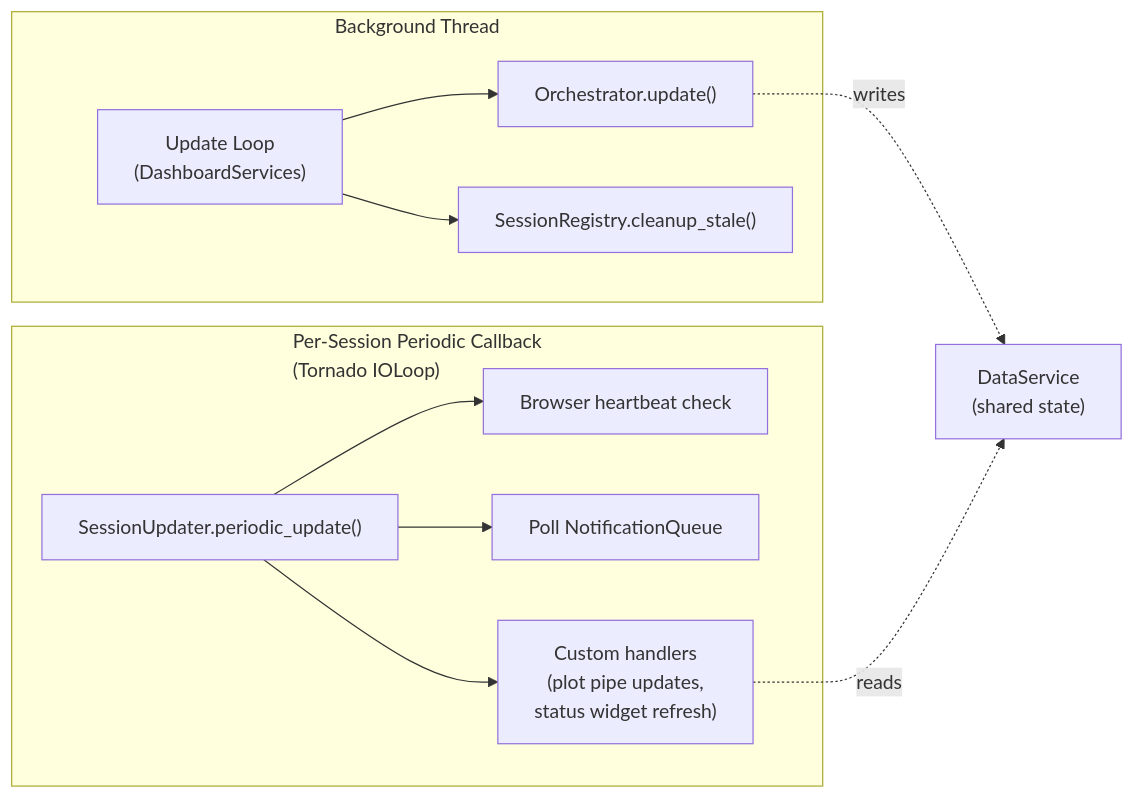
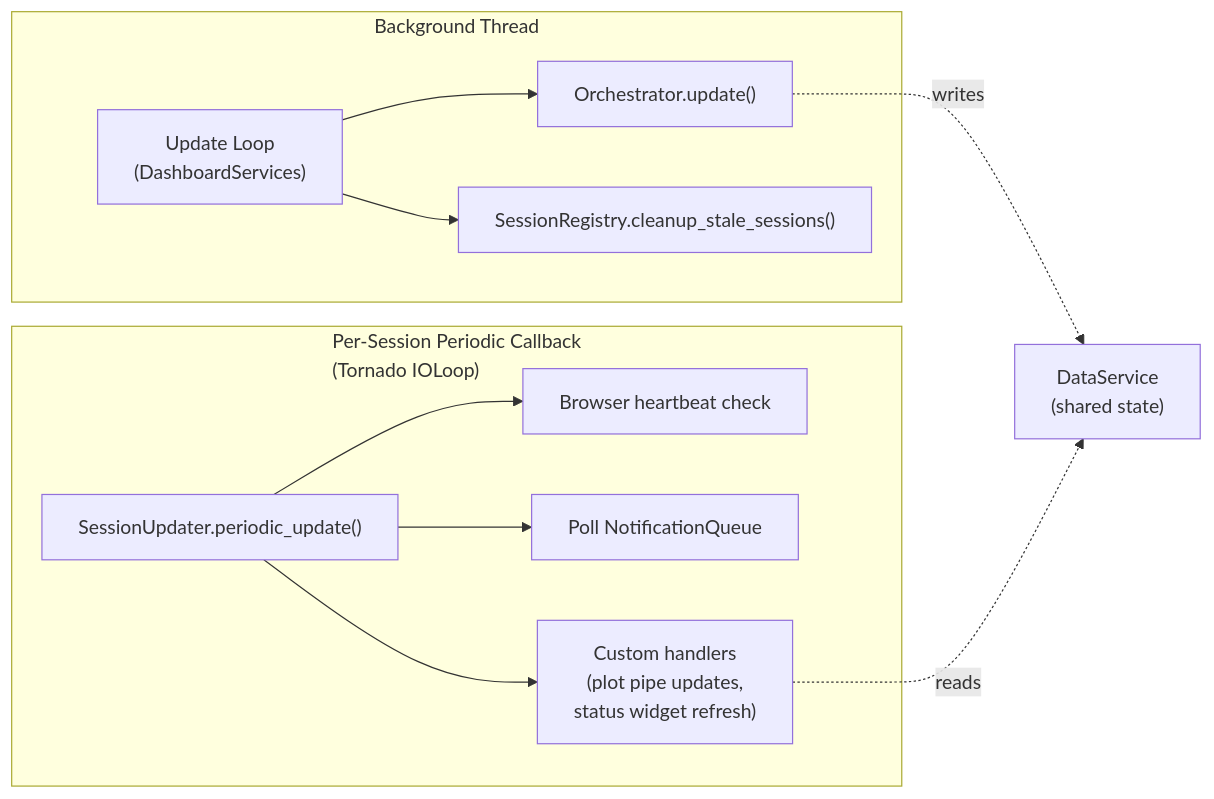
The sixth of 7 diagrams in docs/developer/design/dashboard-architecture.md (scipp/esslivedata), drawn with Mermaid before and after one commit. The commit also changed 1 other file, not shown here.

Commit message:
Fix factual inaccuracies in developer design documentation
Fact-checked docs against codebase and corrected: removed non-existent
'stopped' job state and 'remove_job()' method, fixed accumulator file
locations, clarified aux_source_names attribution between WorkflowSpec
and WorkflowConfig, added missing CLI args, and fixed method name in
dashboard architecture diagram.

````diff
--- a/docs/developer/design/dashboard-architecture.md
+++ b/docs/developer/design/dashboard-architecture.md
@@ -201,18 +201,18 @@
 ```mermaid
 flowchart LR
     subgraph "Background Thread"
         UL["Update Loop<br>(DashboardServices)"]
         UL --> O["Orchestrator.update()"]
-        UL --> SC["SessionRegistry.cleanup_stale()"]
+        UL --> SC["SessionRegistry.cleanup_stale_sessions()"]
     end
 
     subgraph "Per-Session Periodic Callback<br>(Tornado IOLoop)"
         SU["SessionUpdater.periodic_update()"]
         SU --> HB["Browser heartbeat check"]
         SU --> NQ["Poll NotificationQueue"]
         SU --> CH["Custom handlers<br>(plot pipe updates,<br>status widget refresh)"]
     end
 
     O -.->|writes| DS["DataService<br>(shared state)"]
     CH -.->|reads| DS
 ```
````
